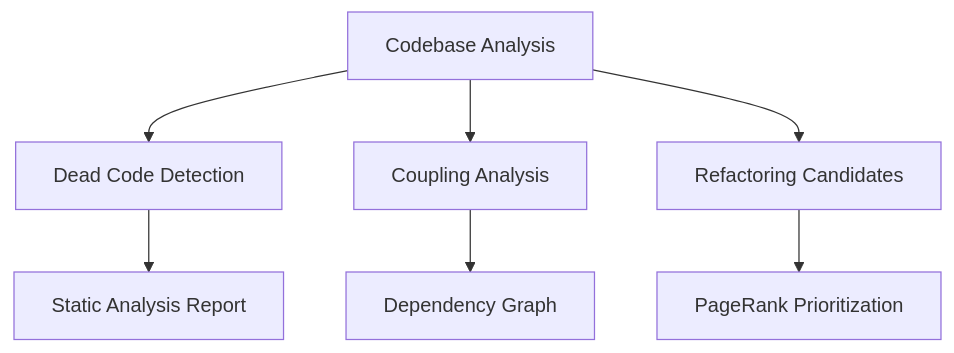
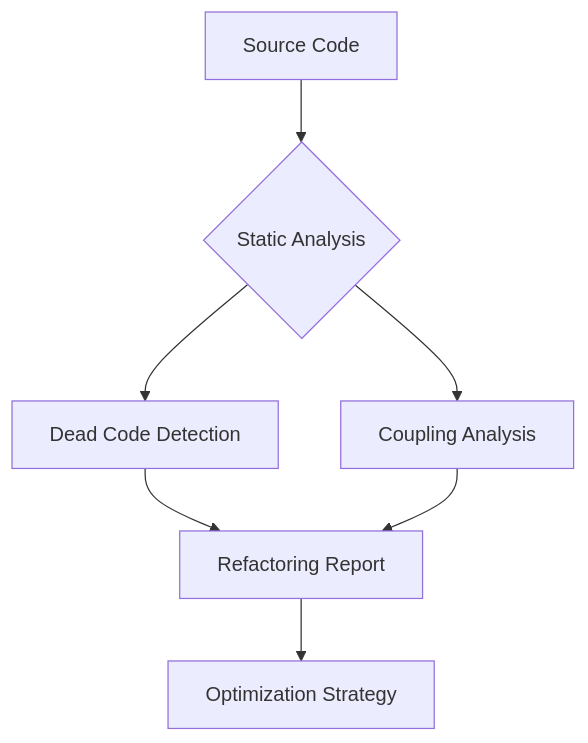
The diagram in .codebuddy/docs/4-metrics.md (phuetz/code-buddy), drawn with Mermaid before and after one commit. The commit also changed other lines of this file and 15 other files, not shown here.

````diff
--- a/.codebuddy/docs/4-metrics.md
+++ b/.codebuddy/docs/4-metrics.md
@@ -5,9 +5,9 @@
 ```mermaid
 graph TD
-    A[Codebase Analysis] --> B[Dead Code Detection]
-    A --> C[Coupling Analysis]
-    A --> D[Refactoring Candidates]
-    B --> E[Static Analysis Report]
-    C --> F[Dependency Graph]
-    D --> G[PageRank Prioritization]
+    A[Source Code] --> B{Static Analysis}
+    B --> C[Dead Code Detection]
+    B --> D[Coupling Analysis]
+    C --> E[Refactoring Report]
+    D --> E
+    E --> F[Optimization Strategy]
 ```
````
